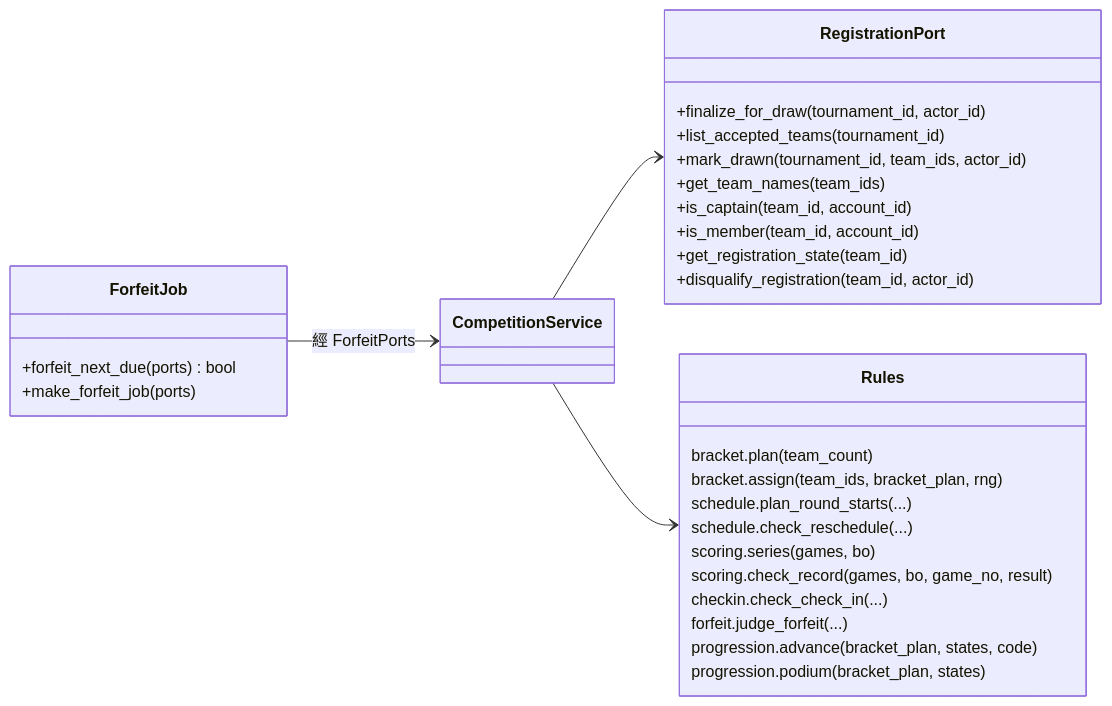
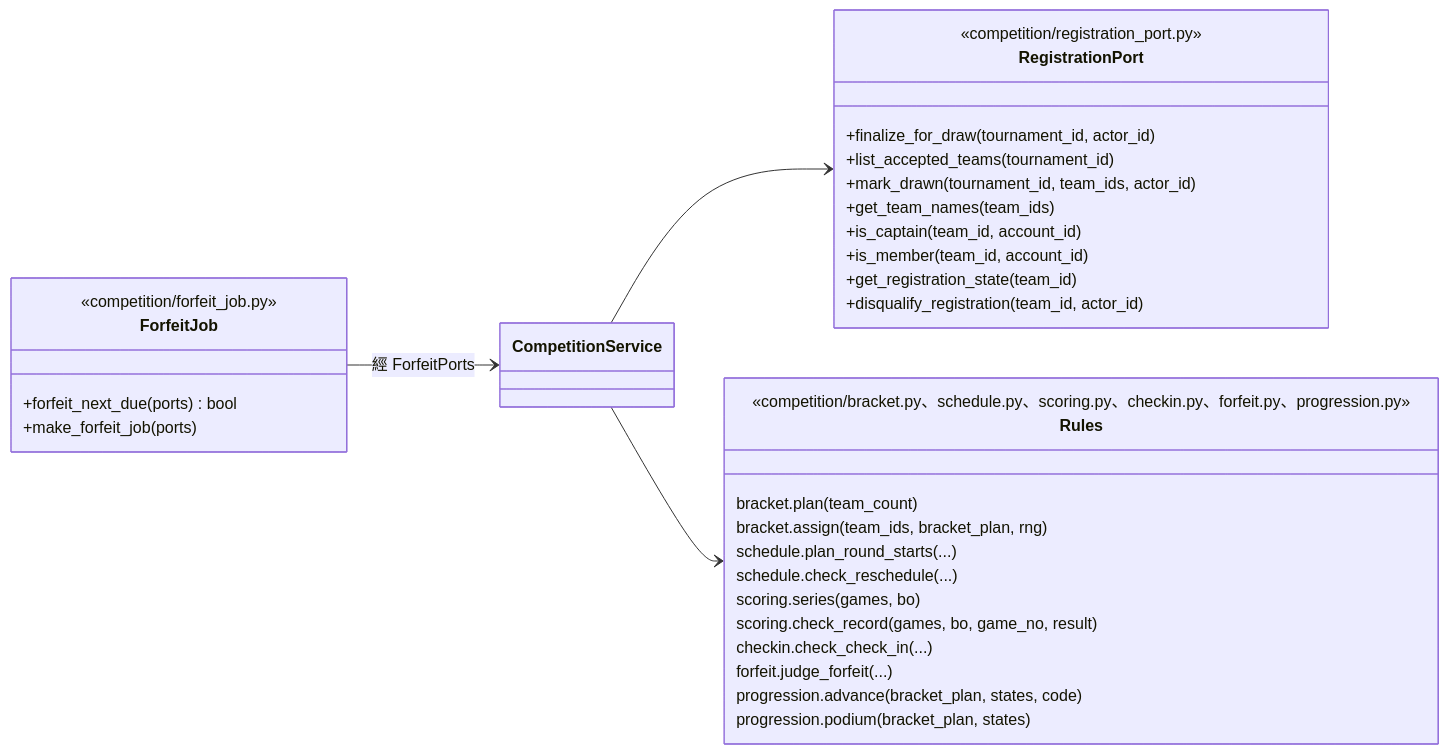
Before and after one commit to Team14good/esport-platform: diagram 12 of 15 in docs/midterm/D-物件設計文件.md, drawn with Mermaid. The commit also changed other lines of this file and 27 other files, not shown here.

First line of the commit message:
docs: B、C、D 其餘的圖全部對照程式標註

````diff
--- a/docs/midterm/D-物件設計文件.md
+++ b/docs/midterm/D-物件設計文件.md
@@ -601,34 +633,37 @@
 ```mermaid
 classDiagram
   direction LR
   class CompetitionService
   class ForfeitJob {
+    <<competition/forfeit_job.py>>
     +forfeit_next_due(ports) bool
     +make_forfeit_job(ports)
   }
   class RegistrationPort {
+    <<competition/registration_port.py>>
     +finalize_for_draw(tournament_id, actor_id)
     +list_accepted_teams(tournament_id)
     +mark_drawn(tournament_id, team_ids, actor_id)
     +get_team_names(team_ids)
     +is_captain(team_id, account_id)
     +is_member(team_id, account_id)
     +get_registration_state(team_id)
     +disqualify_registration(team_id, actor_id)
   }
   class Rules {
+    <<competition/bracket.py、schedule.py、scoring.py、checkin.py、forfeit.py、progression.py>>
     bracket.plan(team_count)
     bracket.assign(team_ids, bracket_plan, rng)
     schedule.plan_round_starts(...)
     schedule.check_reschedule(...)
     scoring.series(games, bo)
     scoring.check_record(games, bo, game_no, result)
     checkin.check_check_in(...)
     forfeit.judge_forfeit(...)
     progression.advance(bracket_plan, states, code)
     progression.podium(bracket_plan, states)
   }
   ForfeitJob --> CompetitionService : 經 ForfeitPorts
   CompetitionService --> RegistrationPort
   CompetitionService --> Rules
 ```
````
